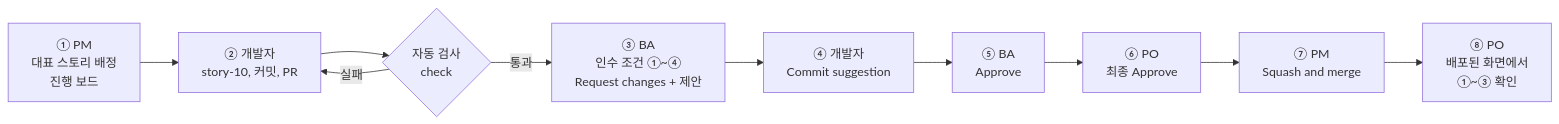
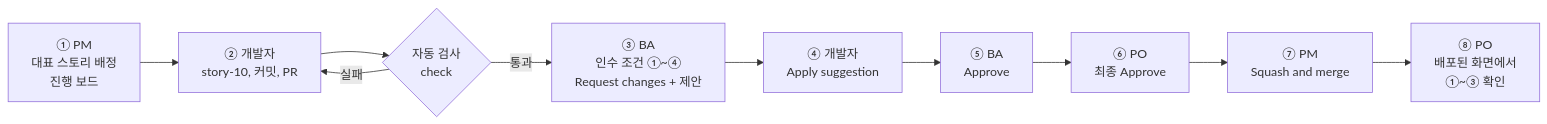
Before and after one commit to hyongsu/github-900-lab: the diagram in docs/class6/mission-1.md, drawn with Mermaid. The commit also changed other lines of this file and 5 other files, not shown here.

````diff
--- a/docs/class6/mission-1.md
+++ b/docs/class6/mission-1.md
@@ -34,12 +34,12 @@
 ```mermaid
 flowchart LR
     A["① PM<br/>대표 스토리 배정<br/>진행 보드"] --> B["② 개발자<br/>story-10, 커밋, PR"]
     B --> C{"자동 검사<br/>check"}
     C -->|실패| B
     C -->|통과| D["③ BA<br/>인수 조건 ①~④<br/>Request changes + 제안"]
-    D --> E["④ 개발자<br/>Commit suggestion"]
+    D --> E["④ 개발자<br/>Apply suggestion"]
     E --> F["⑤ BA<br/>Approve"]
     F --> G["⑥ PO<br/>최종 Approve"]
     G --> H["⑦ PM<br/>Squash and merge"]
     H --> I["⑧ PO<br/>배포된 화면에서<br/>①~③ 확인"]
 ```
````
